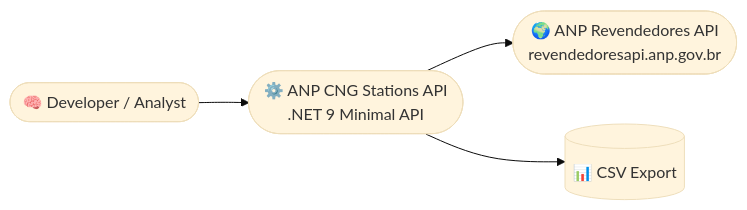
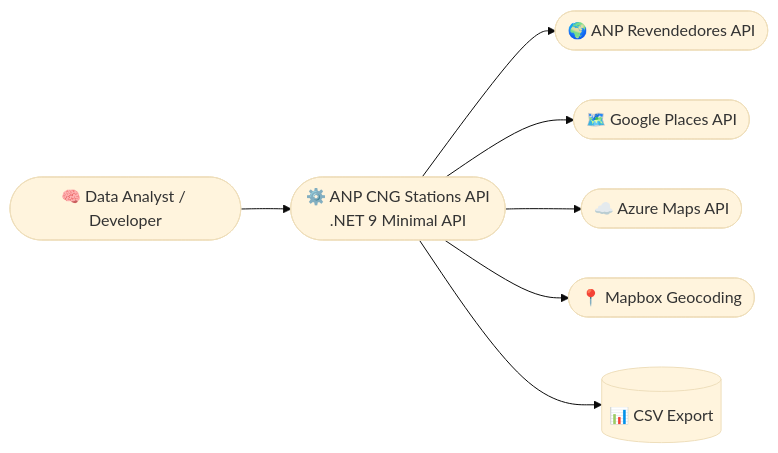
The diagram in README.md (FabioRNobrega/anp-trucks-cng-stations), drawn with Mermaid (base theme) before and after one commit. The commit also changed other lines of this file, not shown here.

````diff
--- a/README.md
+++ b/README.md
@@ -68,10 +101,17 @@
 ```mermaid
 flowchart LR
-    user([🧠 Developer / Analyst])
+    user([🧠 Data Analyst / Developer])
     api([⚙️ ANP CNG Stations API<br/>.NET 9 Minimal API])
-    anp([🌍 ANP Revendedores API<br/>revendedoresapi.anp.gov.br])
+    anp([🌍 ANP Revendedores API])
+    google([🗺️ Google Places API])
+    azure([☁️ Azure Maps API])
+    mapbox([📍 Mapbox Geocoding])
+    csv[(📊 CSV Export)]
 
     user --> api
     api --> anp
-    api --> csv[(📊 CSV Export)]
+    api --> google
+    api --> azure
+    api --> mapbox
+    api --> csv
 ```
````
